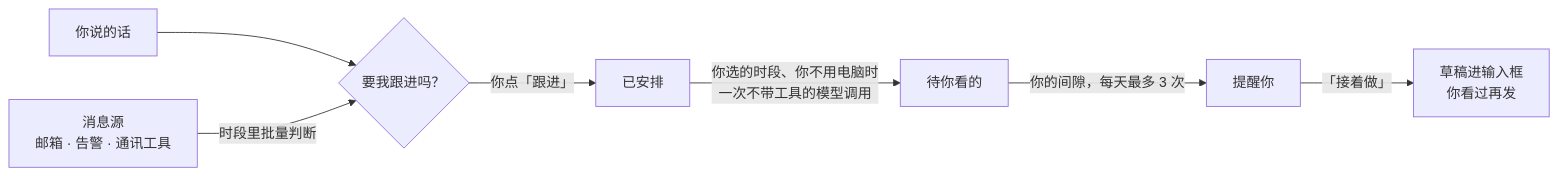
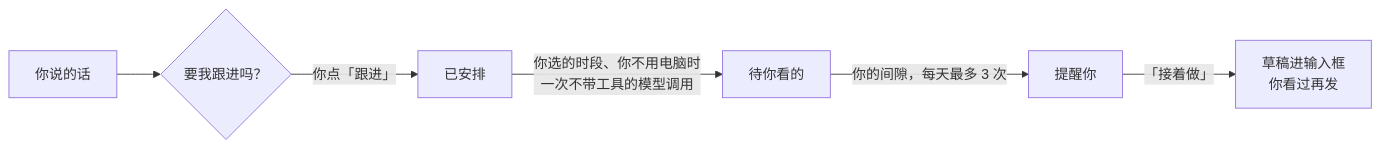
One commit to JNS0724/Viva changed the diagram in README.zh-CN.md. Above: the diagram before and after it, drawn with Mermaid. The commit also changed other lines of this file and 118 other files, not shown here.

````diff
--- a/README.zh-CN.md
+++ b/README.zh-CN.md
@@ -114,9 +98,8 @@
 ```mermaid
 flowchart LR
   A["你说的话"] --> P{"要我跟进吗？"}
-  M["消息源<br>邮箱 · 告警 · 通讯工具"] -->|时段里批量判断| P
   P -->|你点「跟进」| S["已安排"]
   S -->|你选的时段、你不用电脑时<br>一次不带工具的模型调用| R["待你看的"]
   R -->|你的间隙，每天最多 3 次| N["提醒你"]
   N -->|「接着做」| C["草稿进输入框<br>你看过再发"]
 ```
````
